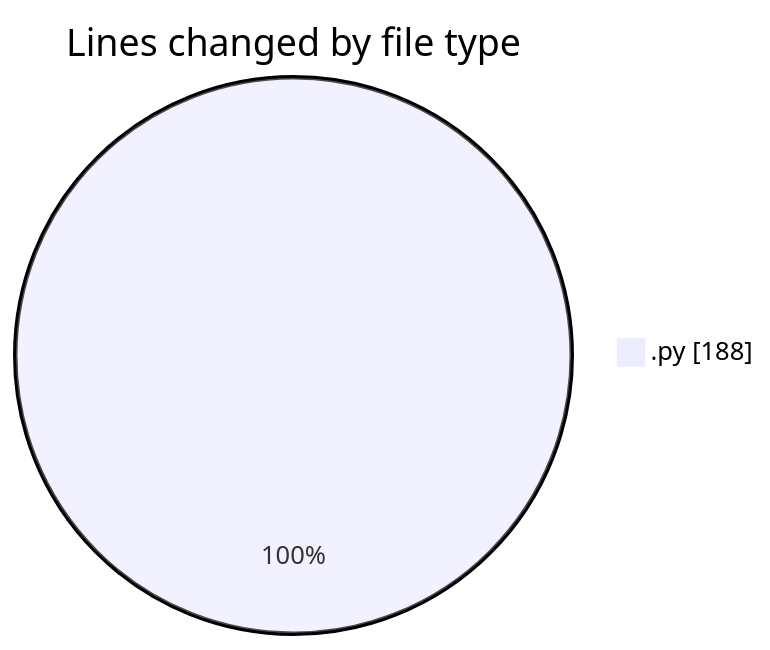
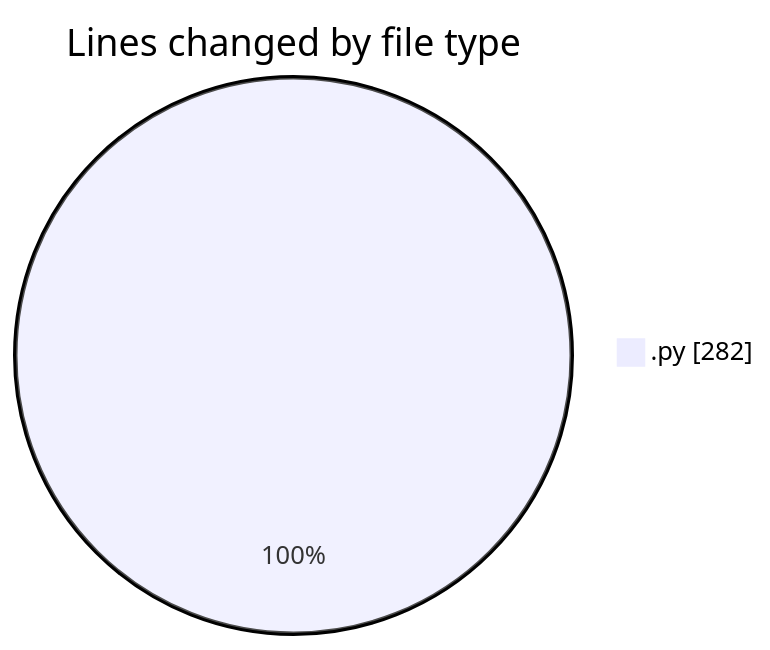
Before and after one commit to MatusMokan/code-tracking: the first of 2 diagrams in 2025-07-26/myws__workspace_/README.md, drawn with Mermaid. The commit also changed other lines of this file and 1 other file, not shown here.

````diff
--- a/2025-07-26/myws__workspace_/README.md
+++ b/2025-07-26/myws__workspace_/README.md
@@ -20,5 +20,5 @@
 ```mermaid
 pie showData
 title Lines changed by file type
-".py" : 188
+".py" : 282
 ```
````
